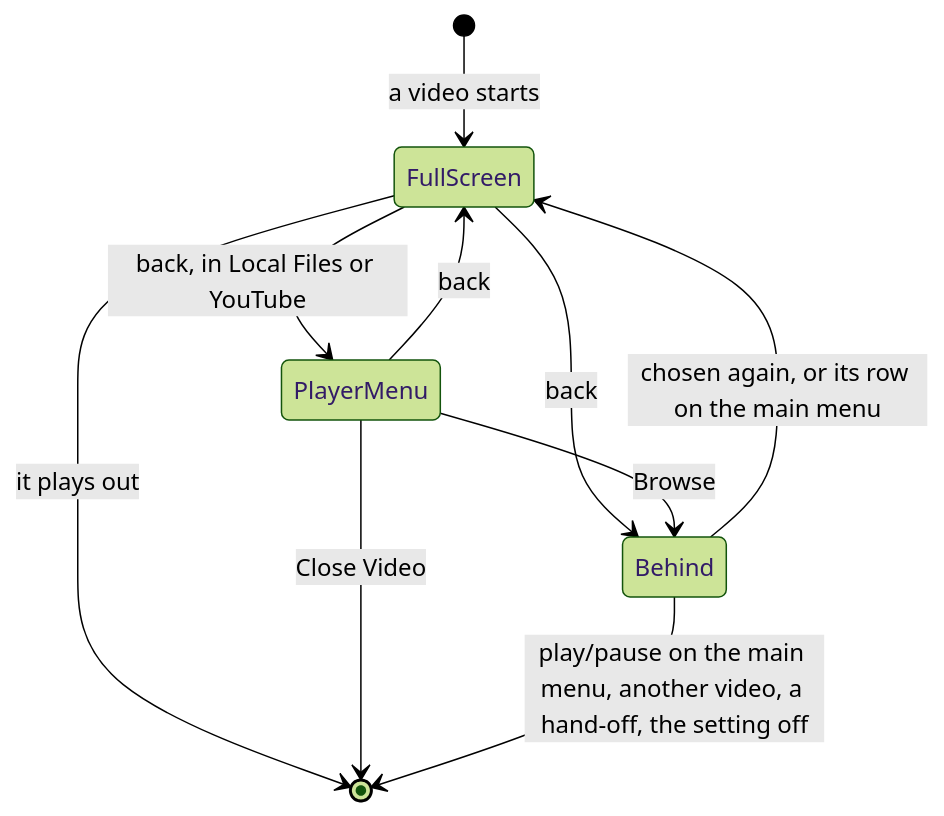
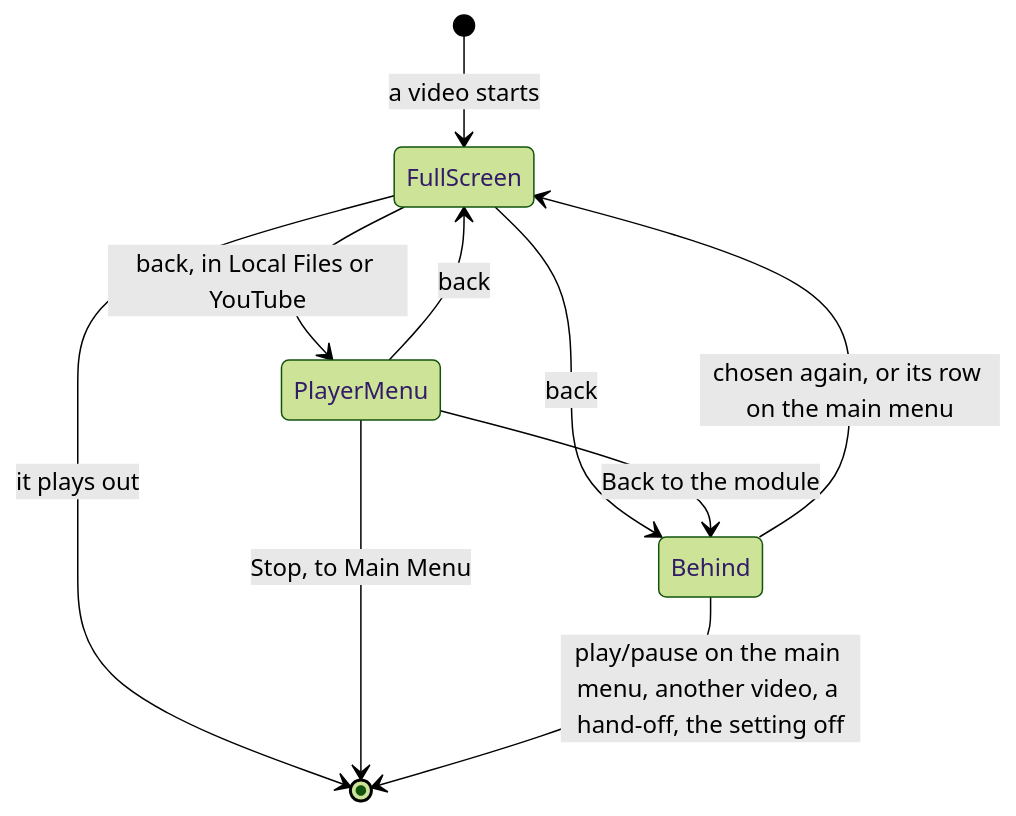
Before and after one commit to mehmetraif/OSD-OS: the sixth of 7 diagrams in docs/wiki/How-It-Works.md, drawn with Mermaid (forest theme). The commit also changed 13 other files, not shown here.

First line of the commit message:
feat: a video's own menu leads with Back to the module and Stop, to Main Menu

````diff
--- a/docs/wiki/How-It-Works.md
+++ b/docs/wiki/How-It-Works.md
@@ -290,12 +290,12 @@
 ```mermaid
 stateDiagram-v2
     [*] --> FullScreen: a video starts
     FullScreen --> Behind: back
     FullScreen --> PlayerMenu: back, in Local Files or YouTube
     PlayerMenu --> FullScreen: back
-    PlayerMenu --> Behind: Browse
+    PlayerMenu --> Behind: Back to the module
     Behind --> FullScreen: chosen again, or its row on the main menu
     FullScreen --> [*]: it plays out
-    PlayerMenu --> [*]: Close Video
+    PlayerMenu --> [*]: Stop, to Main Menu
     Behind --> [*]: play/pause on the main menu, another video, a hand-off, the setting off
 ```
````
